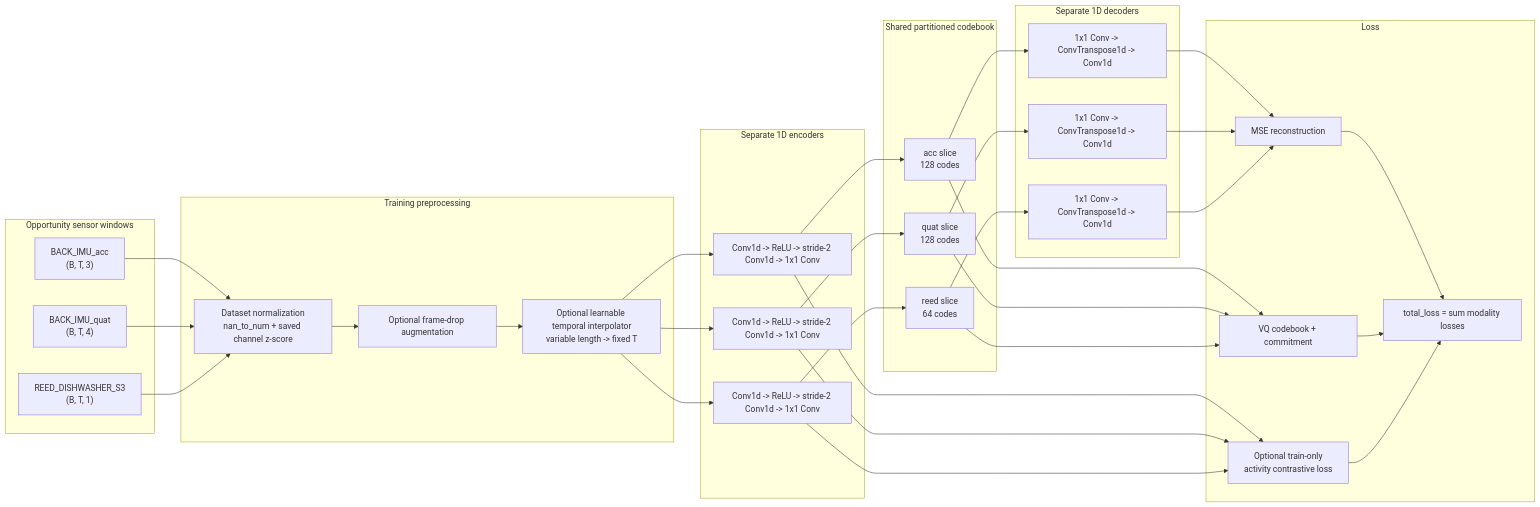
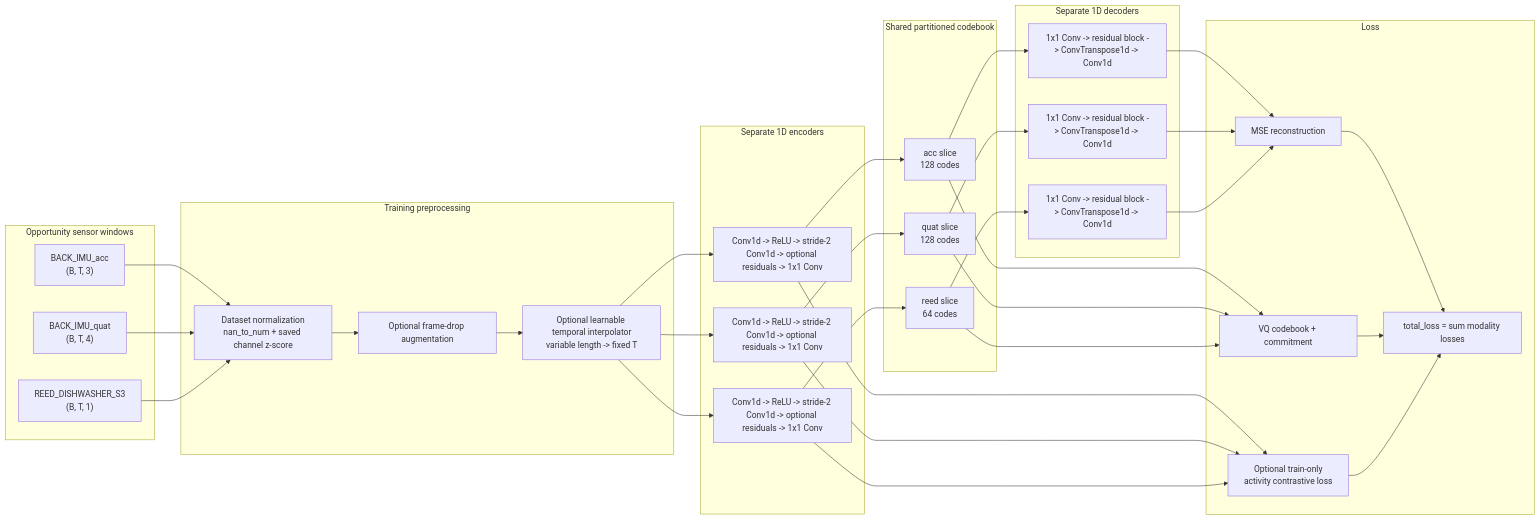
One commit to lalasray/DistriXSense changed the diagram in docs/vqvae_architecture.md. Above: the diagram before and after it, drawn with Mermaid. The commit also changed other lines of this file and 2 other files, not shown here.

````diff
--- a/docs/vqvae_architecture.md
+++ b/docs/vqvae_architecture.md
@@ -5,56 +5,56 @@
 ```mermaid
 flowchart LR
     subgraph Inputs["Opportunity sensor windows"]
         A["BACK_IMU_acc<br/>(B, T, 3)"]
         Q["BACK_IMU_quat<br/>(B, T, 4)"]
         R["REED_DISHWASHER_S3<br/>(B, T, 1)"]
     end
 
     subgraph Prep["Training preprocessing"]
         N["Dataset normalization<br/>nan_to_num + saved channel z-score"]
         D["Optional frame-drop augmentation"]
         I["Optional learnable temporal interpolator<br/>variable length -> fixed T"]
     end
 
     subgraph Encoders["Separate 1D encoders"]
-        EA["Conv1d -> ReLU -> stride-2 Conv1d -> 1x1 Conv"]
-        EQ["Conv1d -> ReLU -> stride-2 Conv1d -> 1x1 Conv"]
-        ER["Conv1d -> ReLU -> stride-2 Conv1d -> 1x1 Conv"]
+        EA["Conv1d -> ReLU -> stride-2 Conv1d -> optional residuals -> 1x1 Conv"]
+        EQ["Conv1d -> ReLU -> stride-2 Conv1d -> optional residuals -> 1x1 Conv"]
+        ER["Conv1d -> ReLU -> stride-2 Conv1d -> optional residuals -> 1x1 Conv"]
     end
 
     subgraph Quantizer["Shared partitioned codebook"]
         CA["acc slice<br/>128 codes"]
         CQ["quat slice<br/>128 codes"]
         CR["reed slice<br/>64 codes"]
     end
 
     subgraph Decoders["Separate 1D decoders"]
-        DA["1x1 Conv -> ConvTranspose1d -> Conv1d"]
-        DQ["1x1 Conv -> ConvTranspose1d -> Conv1d"]
-        DR["1x1 Conv -> ConvTranspose1d -> Conv1d"]
+        DA["1x1 Conv -> residual block -> ConvTranspose1d -> Conv1d"]
+        DQ["1x1 Conv -> residual block -> ConvTranspose1d -> Conv1d"]
+        DR["1x1 Conv -> residual block -> ConvTranspose1d -> Conv1d"]
     end
 
     subgraph Loss["Loss"]
         LA["MSE reconstruction"]
         LQ["VQ codebook + commitment"]
         LC["Optional train-only<br/>activity contrastive loss"]
         LT["total_loss = sum modality losses"]
     end
 
     A --> N
     Q --> N
     R --> N
     N --> D --> I
     I --> EA --> CA --> DA --> LA
     I --> EQ --> CQ --> DQ --> LA
     I --> ER --> CR --> DR --> LA
     EA --> LC
     EQ --> LC
     ER --> LC
     CA --> LQ
     CQ --> LQ
     CR --> LQ
     LA --> LT
     LQ --> LT
     LC --> LT
 ```
````
